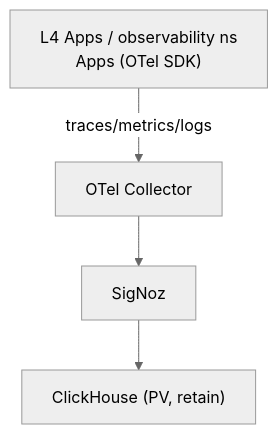
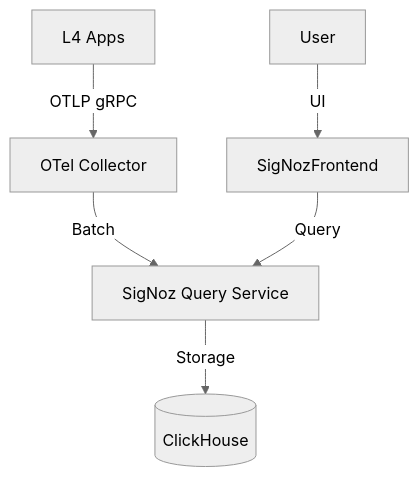
Before and after one commit to wangzitian0/infra: the diagram in docs/ssot/ops.observability.md, drawn with Mermaid (neutral theme). The commit also changed other lines of this file and 16 other files, not shown here.

````diff
--- a/docs/ssot/ops.observability.md
+++ b/docs/ssot/ops.observability.md
@@ -7,11 +22,9 @@
 ```mermaid
 flowchart TB
-    Apps["L4 Apps / observability ns<br/>Apps (OTel SDK)"]
-    Collector["OTel Collector"]
-    SigNoz["SigNoz"]
-    ClickHouse["ClickHouse (PV, retain)"]
-
-    Apps -->|traces/metrics/logs| Collector
-    Collector --> SigNoz
-    SigNoz --> ClickHouse
+    Apps[L4 Apps] -->|OTLP gRPC| Collector[OTel Collector]
+    Collector -->|Batch| SigNoz[SigNoz Query Service]
+    SigNoz -->|Storage| CH[(ClickHouse)]
+    
+    User -->|UI| SigNozFrontend
+    SigNozFrontend -->|Query| SigNoz
 ```
````
